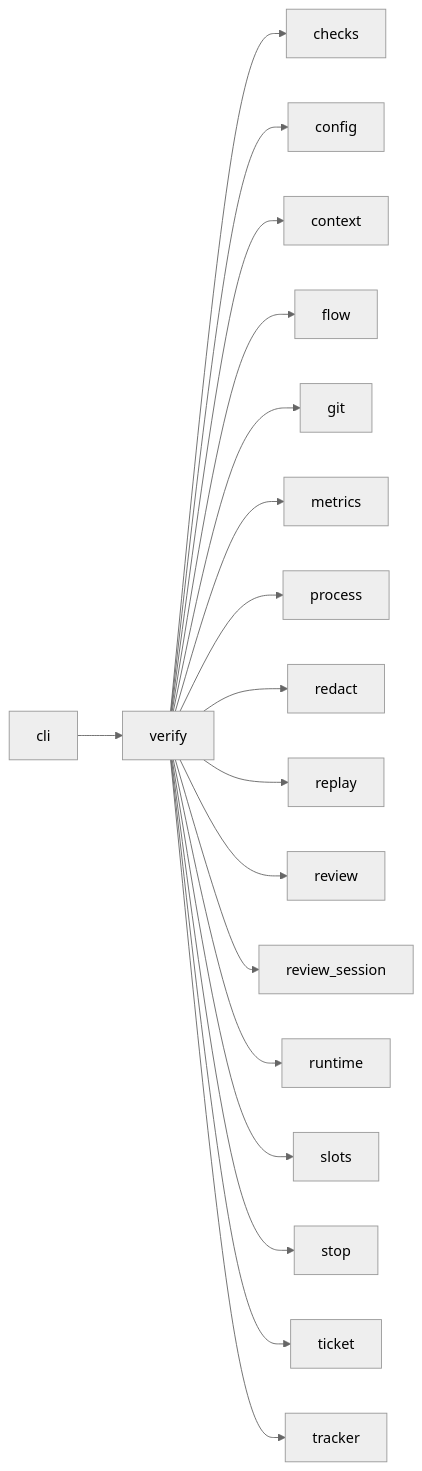
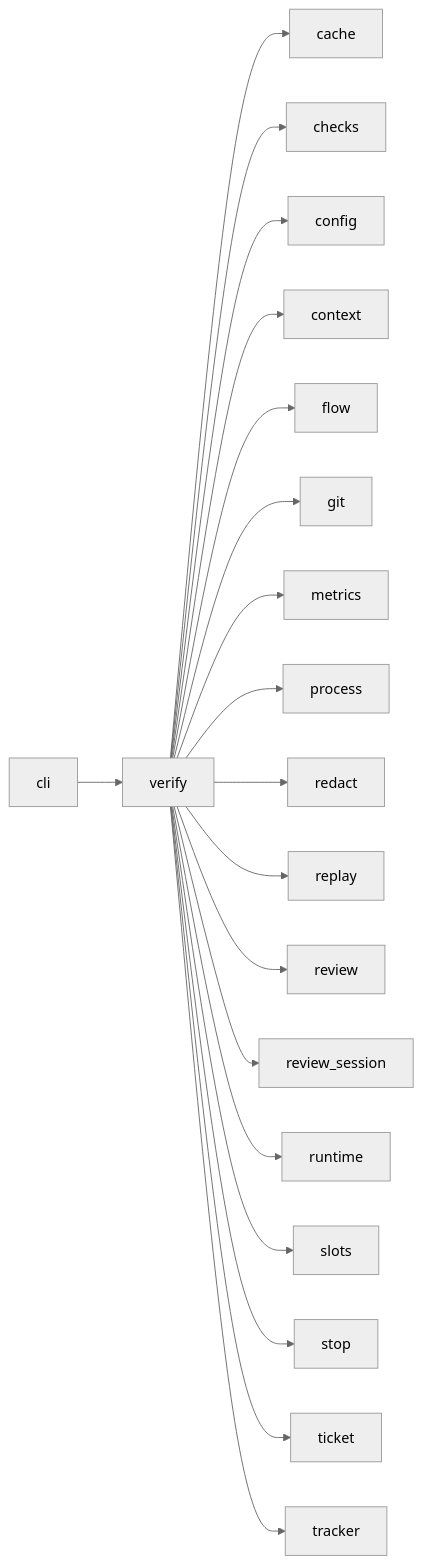
One commit to plaplanche/ariane changed the third of 3 diagrams in docs/architecture/modules/verify.md. Above: the diagram before and after it, drawn with Mermaid (neutral theme). The commit also changed other lines of this file and 23 other files, not shown here.

````diff
--- a/docs/architecture/modules/verify.md
+++ b/docs/architecture/modules/verify.md
@@ -78,20 +79,21 @@
 ```mermaid
 flowchart LR
   cli --> verify
+  verify --> cache
   verify --> checks
   verify --> config
   verify --> context
   verify --> flow
   verify --> git
   verify --> metrics
   verify --> process
   verify --> redact
   verify --> replay
   verify --> review
   verify --> review_session
   verify --> runtime
   verify --> slots
   verify --> stop
   verify --> ticket
   verify --> tracker
 ```
````
